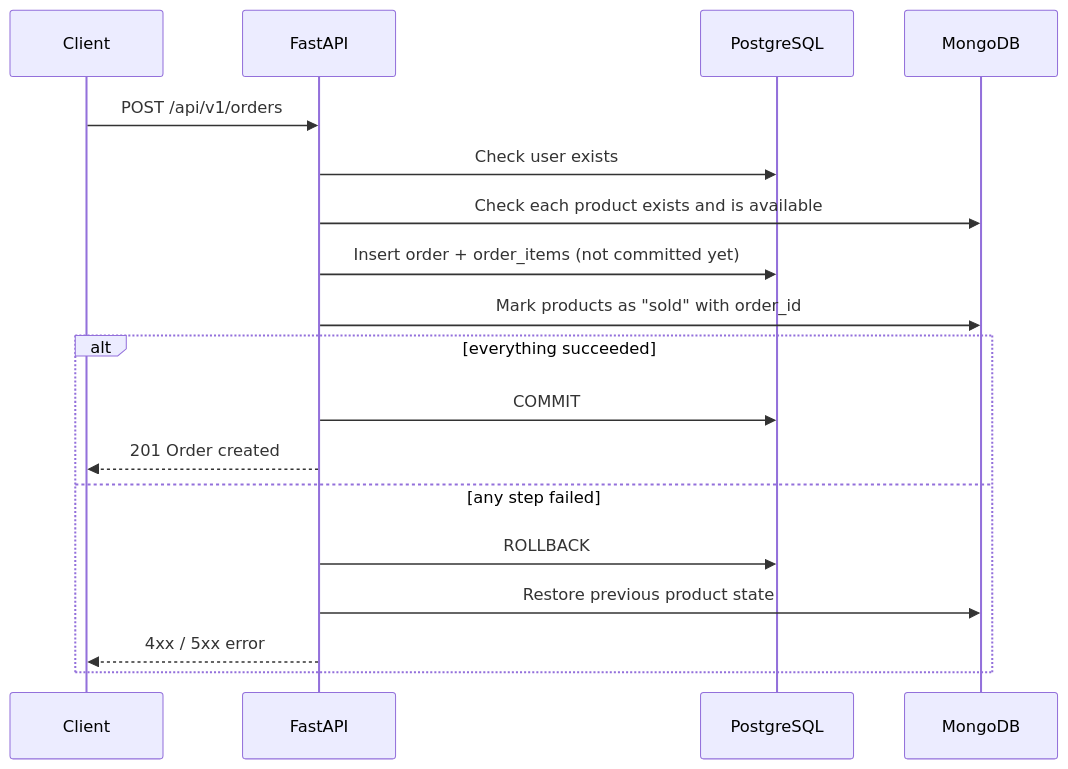
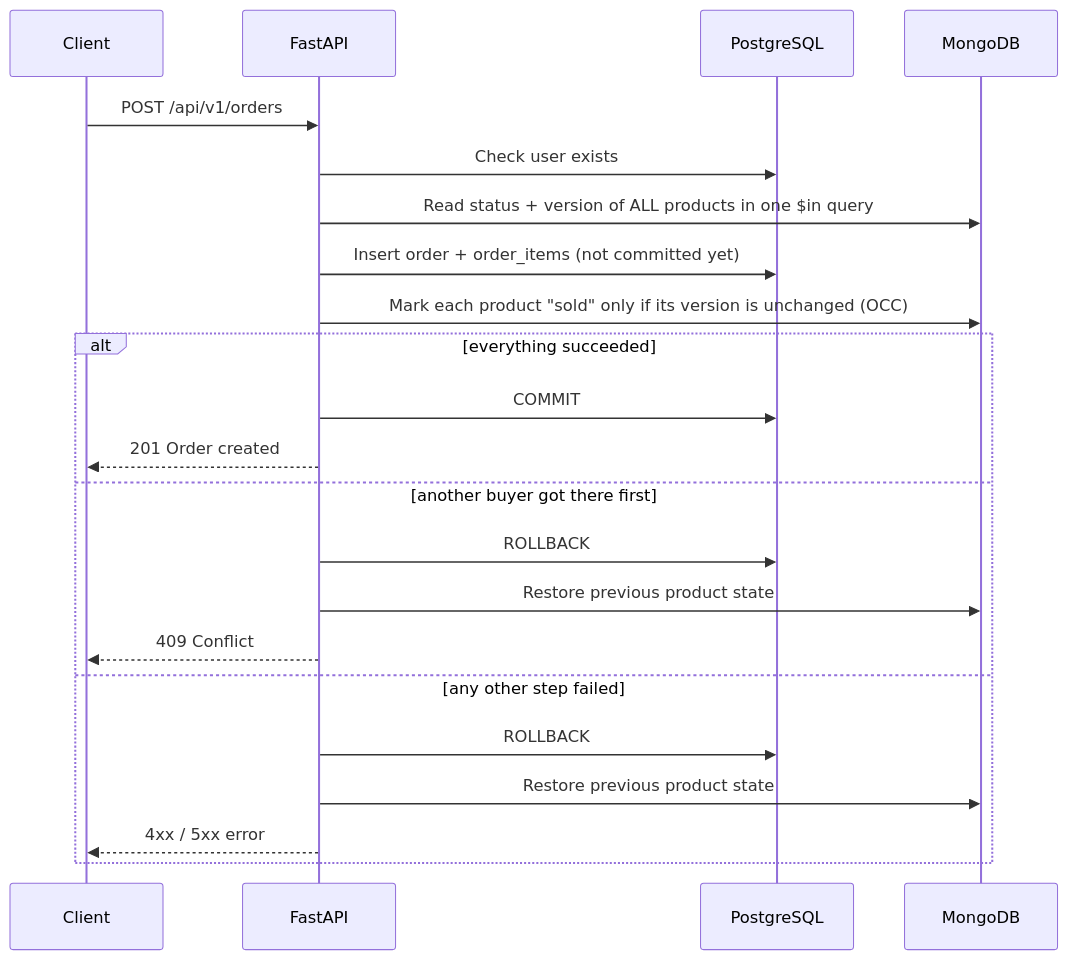
Before and after one commit to pattanankm/2Handy: the first of 3 diagrams in README.md, drawn with Mermaid. The commit also changed other lines of this file and 8 other files, not shown here.

````diff
--- a/README.md
+++ b/README.md
@@ -80,21 +77,25 @@
 ```mermaid
 sequenceDiagram
     participant C as Client
     participant A as FastAPI
     participant P as PostgreSQL
     participant M as MongoDB
 
     C->>A: POST /api/v1/orders
     A->>P: Check user exists
-    A->>M: Check each product exists and is available
+    A->>M: Read status + version of ALL products in one $in query
     A->>P: Insert order + order_items (not committed yet)
-    A->>M: Mark products as "sold" with order_id
+    A->>M: Mark each product "sold" only if its version is unchanged (OCC)
     alt everything succeeded
         A->>P: COMMIT
         A-->>C: 201 Order created
-    else any step failed
+    else another buyer got there first
+        A->>P: ROLLBACK
+        A->>M: Restore previous product state
+        A-->>C: 409 Conflict
+    else any other step failed
         A->>P: ROLLBACK
         A->>M: Restore previous product state
         A-->>C: 4xx / 5xx error
     end
 ```
````
